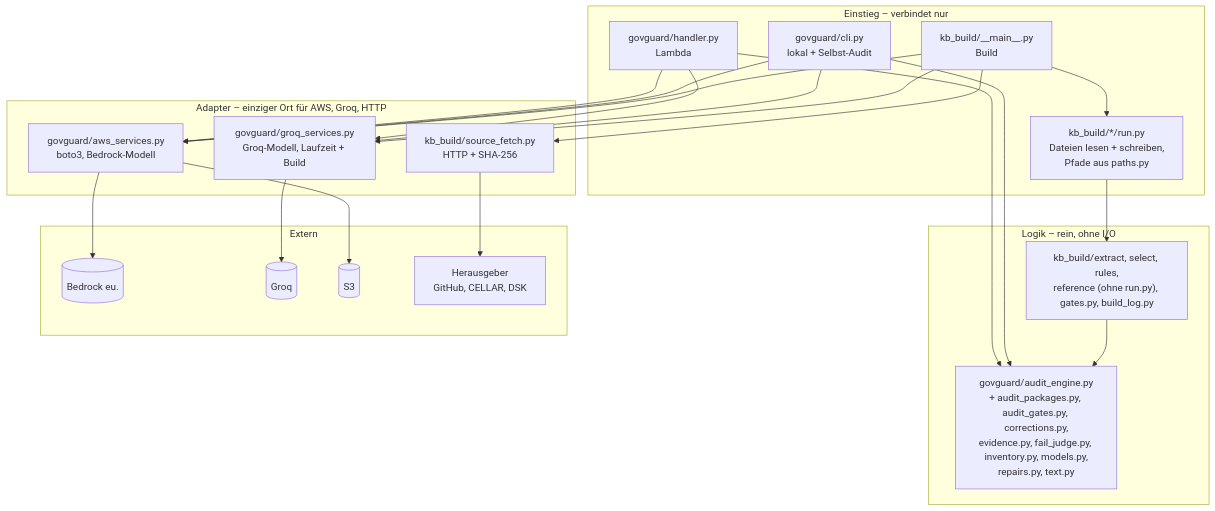
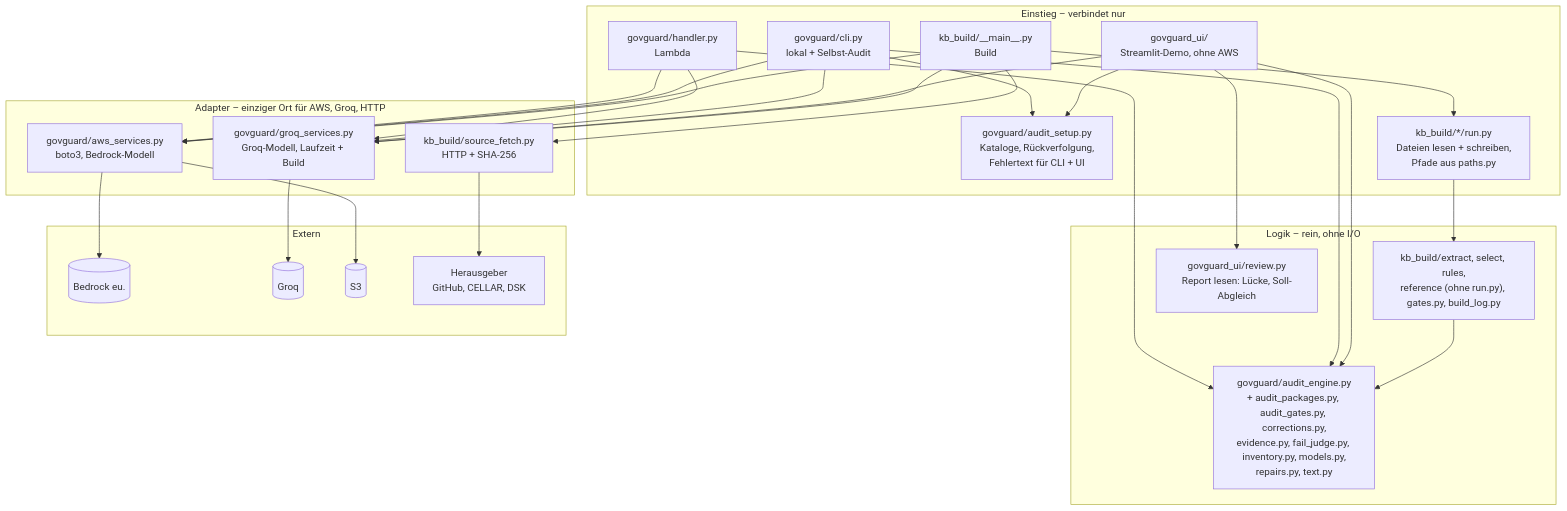
The fourth of 4 diagrams in docs/ARCHITECTURE.md (Daniel74/GovGuard), drawn with Mermaid before and after one commit. The commit also changed other lines of this file and 17 other files, not shown here.

Commit message:
#11 Demo-UI auf Streamlit Community Cloud - corrections

````diff
--- a/docs/ARCHITECTURE.md
+++ b/docs/ARCHITECTURE.md
@@ -234,32 +234,38 @@
 ```mermaid
 flowchart TB
   subgraph E["Einstieg – verbindet nur"]
     H["govguard/handler.py<br/>Lambda"]
     C["govguard/cli.py<br/>lokal + Selbst-Audit"]
+    U["govguard_ui/<br/>Streamlit-Demo, ohne AWS"]
+    S["govguard/audit_setup.py<br/>Kataloge, Rückverfolgung,<br/>Fehlertext für CLI + UI"]
     M["kb_build/__main__.py<br/>Build"]
     R["kb_build/*/run.py<br/>Dateien lesen + schreiben,<br/>Pfade aus paths.py"]
   end
   subgraph L["Logik – rein, ohne I/O"]
     AE["govguard/audit_engine.py<br/>+ audit_packages.py, audit_gates.py, corrections.py,<br/>evidence.py, fail_judge.py, inventory.py, models.py,<br/>repairs.py, text.py"]
     KB["kb_build/extract, select, rules,<br/>reference (ohne run.py), gates.py, build_log.py"]
+    RV["govguard_ui/review.py<br/>Report lesen: Lücke, Soll-Abgleich"]
   end
   subgraph A["Adapter – einziger Ort für AWS, Groq, HTTP"]
     AWS["govguard/aws_services.py<br/>boto3, Bedrock-Modell"]
     GQ["govguard/groq_services.py<br/>Groq-Modell, Laufzeit + Build"]
     FE["kb_build/source_fetch.py<br/>HTTP + SHA-256"]
   end
   subgraph X["Extern"]
     B[("Bedrock eu.")]
     G[("Groq")]
     S3[("S3")]
     HG["Herausgeber<br/>GitHub, CELLAR, DSK"]
   end
-  H & C --> AE
-  H & C --> AWS & GQ
+  H & C & U --> AE
+  H & C --> AWS
+  H & C & U --> GQ
+  C & U --> S
+  U --> RV
   M --> R --> KB
   M --> AWS & GQ & FE
   KB --> AE
   AWS --> B & S3
   GQ --> G
   FE --> HG
 ```
````
